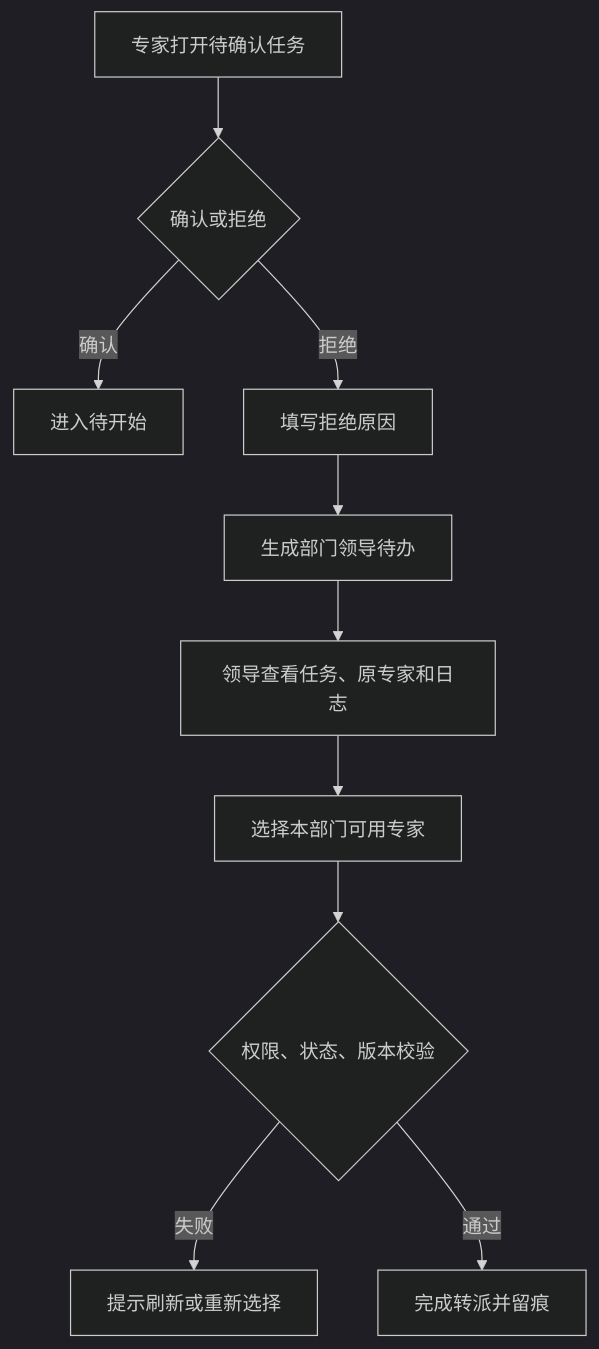
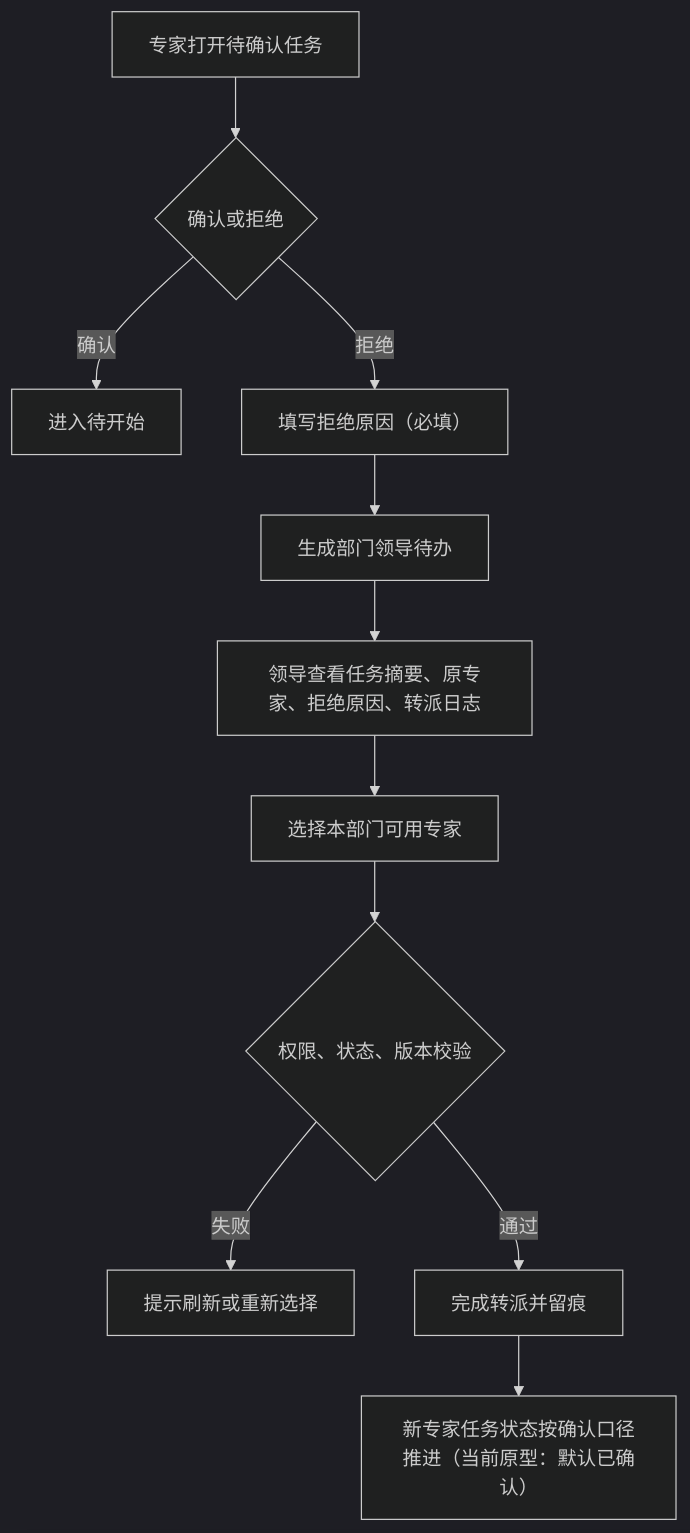
One commit to caicai9807-code/pm-prototype-center changed the second of 2 diagrams in docs/需求规格说明书.md. Above: the diagram before and after it, drawn with Mermaid (dark theme). The commit also changed other lines of this file and 9 other files, not shown here.

````diff
--- a/docs/需求规格说明书.md
+++ b/docs/需求规格说明书.md
@@ -192,12 +179,13 @@
 ```mermaid
 flowchart TD
     A["专家打开待确认任务"] --> B{"确认或拒绝"}
     B -- 确认 --> C["进入待开始"]
-    B -- 拒绝 --> D["填写拒绝原因"]
+    B -- 拒绝 --> D["填写拒绝原因（必填）"]
     D --> E["生成部门领导待办"]
-    E --> F["领导查看任务、原专家和日志"]
+    E --> F["领导查看任务摘要、原专家、拒绝原因、转派日志"]
     F --> G["选择本部门可用专家"]
     G --> H{"权限、状态、版本校验"}
     H -- 失败 --> I["提示刷新或重新选择"]
     H -- 通过 --> J["完成转派并留痕"]
+    J --> K["新专家任务状态按确认口径推进（当前原型：默认已确认）"]
 ```
````
